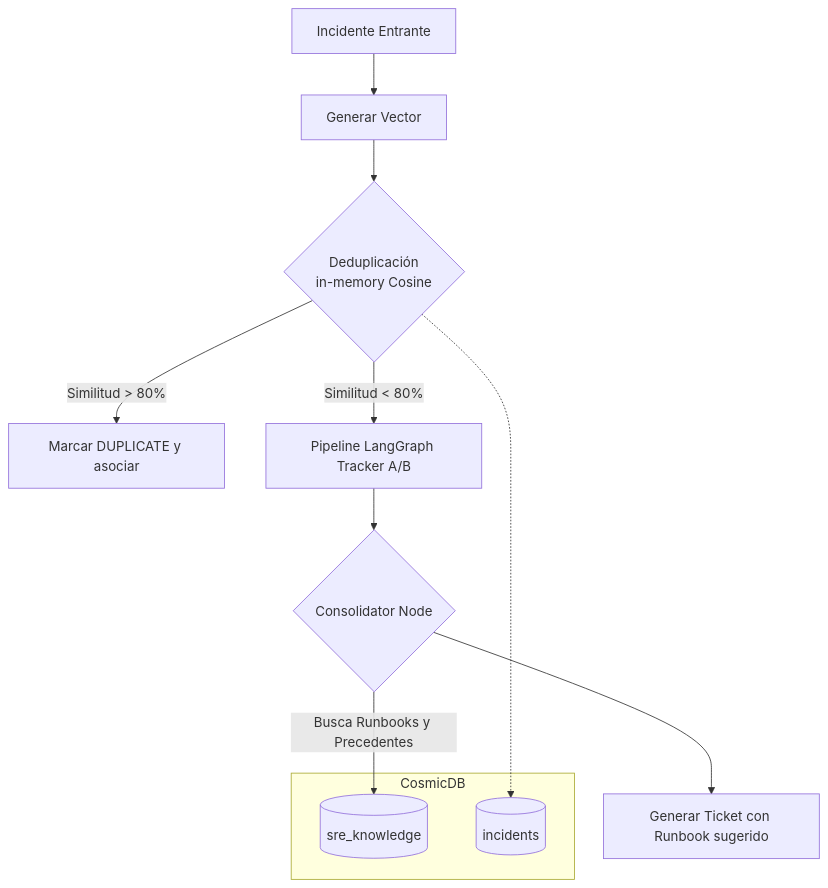
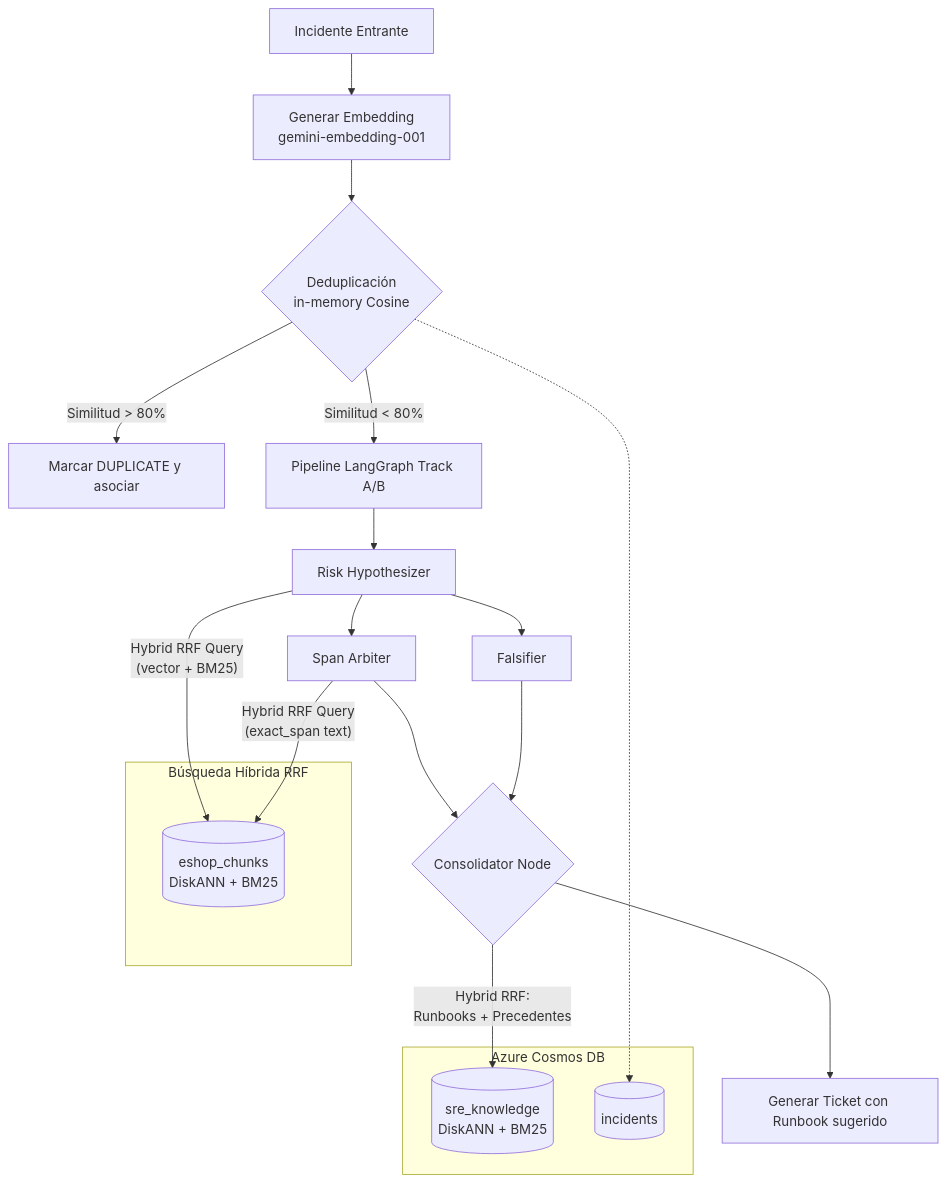
The diagram in docs/architecture/knowledge_flywheel.md (RafaRincon/SRE-Agentic), drawn with Mermaid before and after one commit. The commit also changed other lines of this file and 5 other files, not shown here.

Commit message:
refactor: migrate to direct Gemini API, update embedding model to gemini-embedding-001, and implement hybrid RRF search documentation and reset utilities

````diff
--- a/docs/architecture/knowledge_flywheel.md
+++ b/docs/architecture/knowledge_flywheel.md
@@ -41,18 +74,32 @@
 ```mermaid
 graph TD
-    A[Incidente Entrante] --> B[Generar Vector]
-    B --> C{Deduplicación\nin-memory Cosine}
+    A[Incidente Entrante] --> B[Generar Embedding<br/>gemini-embedding-001]
+    B --> C{Deduplicación<br/>in-memory Cosine}
     C -- Similitud > 80% --> D[Marcar DUPLICATE y asociar]
-    C -- Similitud < 80% --> E[Pipeline LangGraph Tracker A/B]
+    C -- Similitud < 80% --> E[Pipeline LangGraph Track A/B]
     
-    E --> F{Consolidator Node}
+    E --> H1[Risk Hypothesizer]
+    H1 -- "Hybrid RRF Query<br/>(vector + BM25)" --> EC
+
+    subgraph Retrieval["Búsqueda Híbrida RRF"]
+        EC[(eshop_chunks<br/>DiskANN + BM25)]
+    end
+
+    H1 --> SA[Span Arbiter]
+    SA -- "Hybrid RRF Query<br/>(exact_span text)" --> EC
     
-    subgraph CosmicDB
-        K[(sre_knowledge)]
+    H1 --> FL[Falsifier]
+    
+    SA --> F{Consolidator Node}
+    FL --> F
+
+    subgraph CosmosDB["Azure Cosmos DB"]
+        EC
+        K[(sre_knowledge<br/>DiskANN + BM25)]
         I[(incidents)]
     end
     
     C -.-> I
-    F -- Busca Runbooks y Precedentes --> K
+    F -- "Hybrid RRF:<br/>Runbooks + Precedentes" --> K
     F --> G[Generar Ticket con Runbook sugerido]
 ```
````
